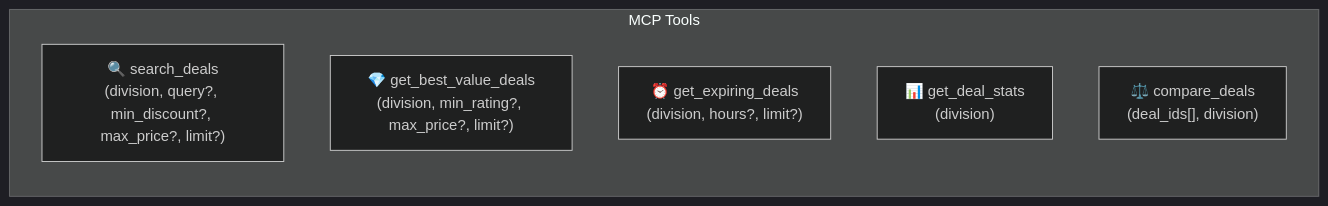
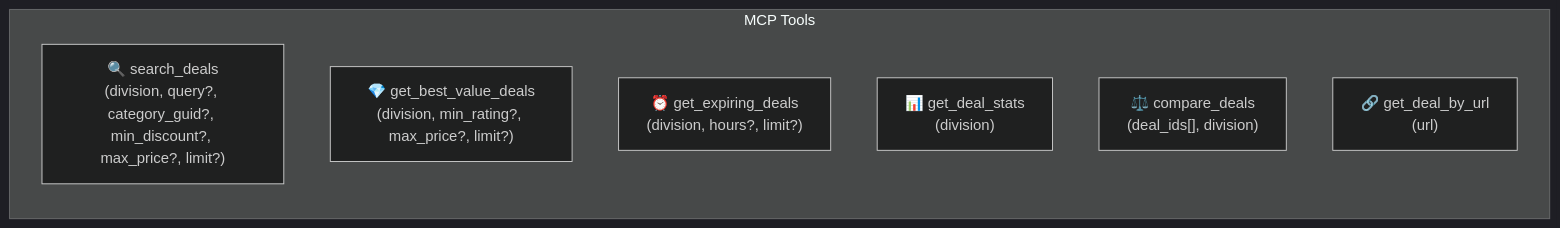
Before and after one commit to forjoa/mcp-groupon-deals: the second of 7 diagrams in ARCH.md, drawn with Mermaid (dark theme). The commit also changed other lines of this file, not shown here.

Commit message:
docs: architecture

````diff
--- a/ARCH.md
+++ b/ARCH.md
@@ -34,10 +34,11 @@
 ```mermaid
 graph LR
     subgraph Tools["MCP Tools"]
-        T1["🔍 search_deals\n(division, query?, min_discount?, max_price?, limit?)"]
+        T1["🔍 search_deals\n(division, query?, category_guid?, min_discount?, max_price?, limit?)"]
         T2["💎 get_best_value_deals\n(division, min_rating?, max_price?, limit?)"]
         T3["⏰ get_expiring_deals\n(division, hours?, limit?)"]
         T4["📊 get_deal_stats\n(division)"]
         T5["⚖️ compare_deals\n(deal_ids[], division)"]
+        T6["🔗 get_deal_by_url\n(url)"]
     end
 ```
````
